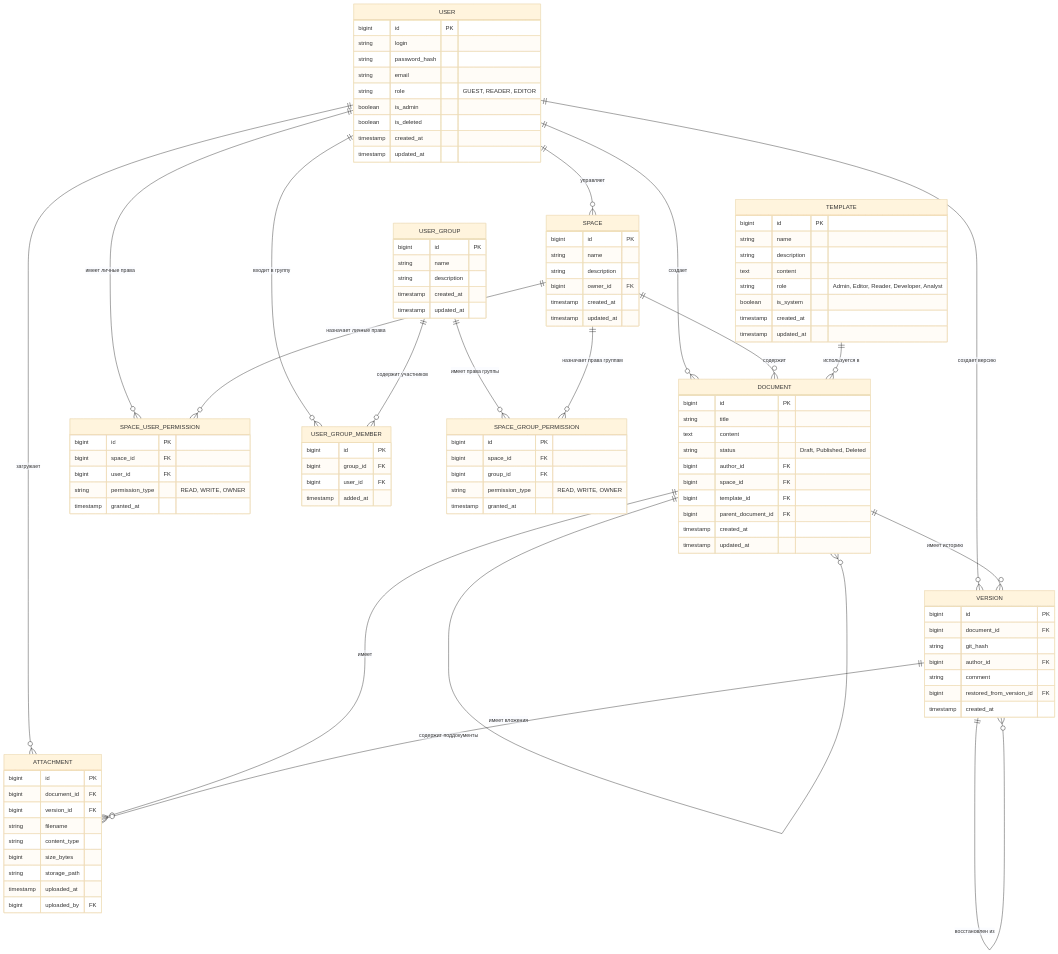
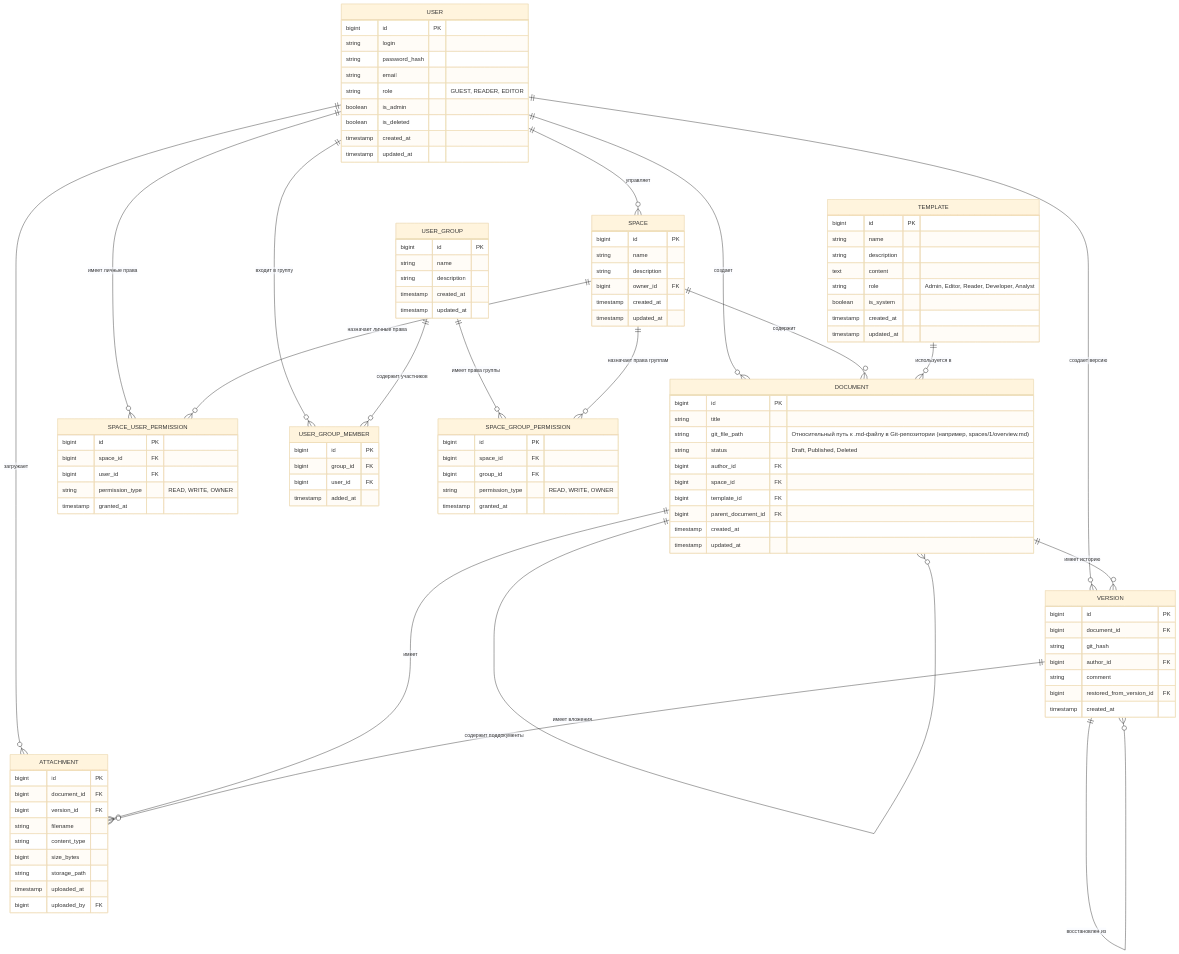
Before and after one commit to C23-501-SoftDev/Docs: the diagram in documents/120.data-model.md, drawn with Mermaid (base theme). The commit also changed other lines of this file and 2 other files, not shown here.

```diff
--- a/documents/120.data-model.md
+++ b/documents/120.data-model.md
@@ -93,7 +93,7 @@
     DOCUMENT {
         bigint id PK
         string title
-        text content
+        string git_file_path "Относительный путь к .md-файлу в Git-репозитории (например, spaces/1/overview.md)"
         string status "Draft, Published, Deleted"
         bigint author_id FK
         bigint space_id FK
```
